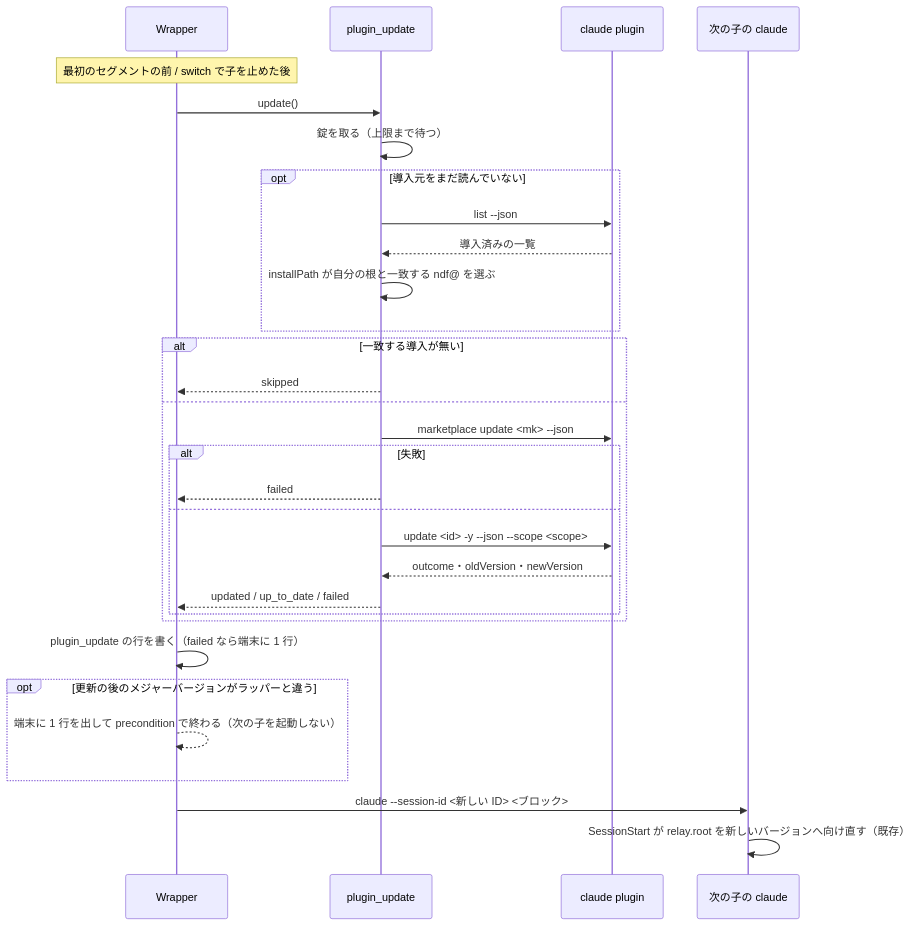
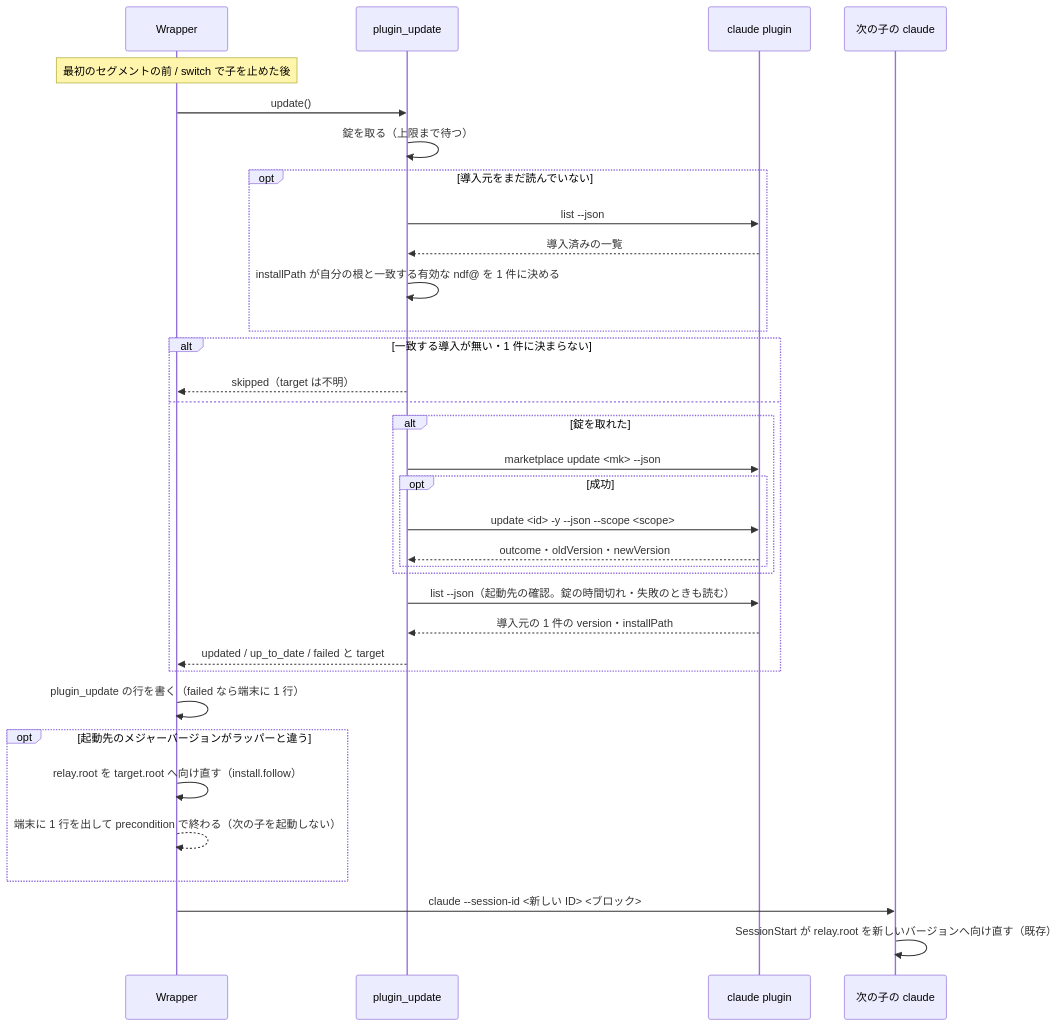
Before and after one commit to devbasex/ai-plugins: the third of 3 diagrams in issues/issue-3812-design.md, drawn with Mermaid. The commit also changed other lines of this file and 1 other file, not shown here.

````diff
--- a/issues/issue-3812-design.md
+++ b/issues/issue-3812-design.md
@@ -223,33 +238,36 @@
 ```mermaid
 sequenceDiagram
   participant W as Wrapper
   participant P as plugin_update
   participant C as claude plugin
   participant N as 次の子の claude
   Note over W: 最初のセグメントの前 / switch で子を止めた後
   W->>P: update()
   P->>P: 錠を取る（上限まで待つ）
   opt 導入元をまだ読んでいない
     P->>C: list --json
     C-->>P: 導入済みの一覧
-    P->>P: installPath が自分の根と一致する ndf@ を選ぶ
+    P->>P: installPath が自分の根と一致する有効な ndf@ を 1 件に決める
   end
-  alt 一致する導入が無い
-    P-->>W: skipped
+  alt 一致する導入が無い・1 件に決まらない
+    P-->>W: skipped（target は不明）
   else
-    P->>C: marketplace update <mk> --json
-    alt 失敗
-      P-->>W: failed
-    else
-      P->>C: update <id> -y --json --scope <scope>
-      C-->>P: outcome・oldVersion・newVersion
-      P-->>W: updated / up_to_date / failed
+    alt 錠を取れた
+      P->>C: marketplace update <mk> --json
+      opt 成功
+        P->>C: update <id> -y --json --scope <scope>
+        C-->>P: outcome・oldVersion・newVersion
+      end
     end
+    P->>C: list --json（起動先の確認。錠の時間切れ・失敗のときも読む）
+    C-->>P: 導入元の 1 件の version・installPath
+    P-->>W: updated / up_to_date / failed と target
   end
   W->>W: plugin_update の行を書く（failed なら端末に 1 行）
-  opt 更新の後のメジャーバージョンがラッパーと違う
+  opt 起動先のメジャーバージョンがラッパーと違う
+    W->>W: relay.root を target.root へ向け直す（install.follow）
     W-->>W: 端末に 1 行を出して precondition で終わる（次の子を起動しない）
   end
   W->>N: claude --session-id <新しい ID> <ブロック>
   N->>N: SessionStart が relay.root を新しいバージョンへ向け直す（既存）
 ```
````
